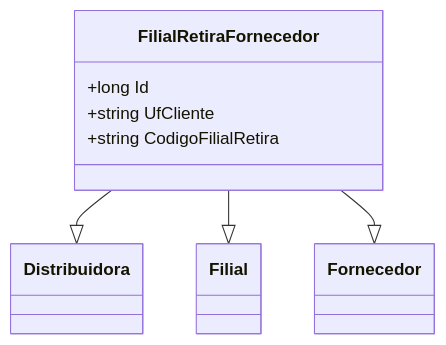
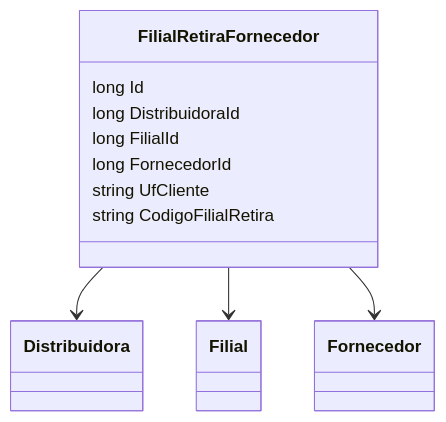
The diagram in docs/b2b-dominio/IsthmusWinthor.Nucleo/IsthmusWinthor.Dominio/Entidades/FilialRetiraFornecedor.md (IsthmusSistemas/documentacao-tecnica), drawn with Mermaid before and after one commit. The commit also changed other lines of this file and 882 other files, not shown here.

````diff
--- a/docs/b2b-dominio/IsthmusWinthor.Nucleo/IsthmusWinthor.Dominio/Entidades/FilialRetiraFornecedor.md
+++ b/docs/b2b-dominio/IsthmusWinthor.Nucleo/IsthmusWinthor.Dominio/Entidades/FilialRetiraFornecedor.md
@@ -27,14 +23,24 @@
 ```mermaid
 classDiagram
     class FilialRetiraFornecedor {
-        +long Id
-        +string UfCliente
-        +string CodigoFilialRetira
+        long Id
+        long DistribuidoraId
+        long FilialId
+        long FornecedorId
+        string UfCliente
+        string CodigoFilialRetira
     }
-    class Distribuidora
-    class Filial
-    class Fornecedor
-    FilialRetiraFornecedor --|> Distribuidora
-    FilialRetiraFornecedor --|> Filial
-    FilialRetiraFornecedor --|> Fornecedor
-``` 
+    
+    class Distribuidora {
+    }
+
+    class Filial {
+    }
+
+    class Fornecedor {
+    }
+
+    FilialRetiraFornecedor --> Distribuidora
+    FilialRetiraFornecedor --> Filial
+    FilialRetiraFornecedor --> Fornecedor
+```
````
